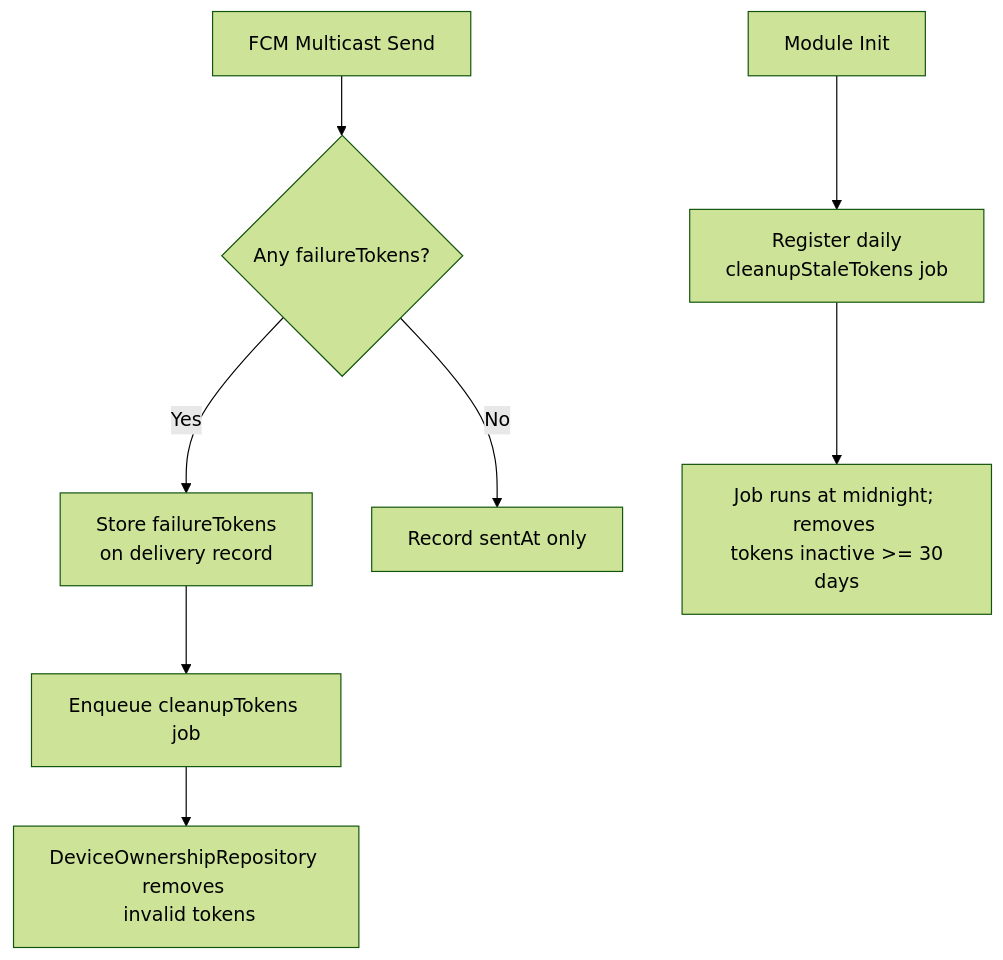
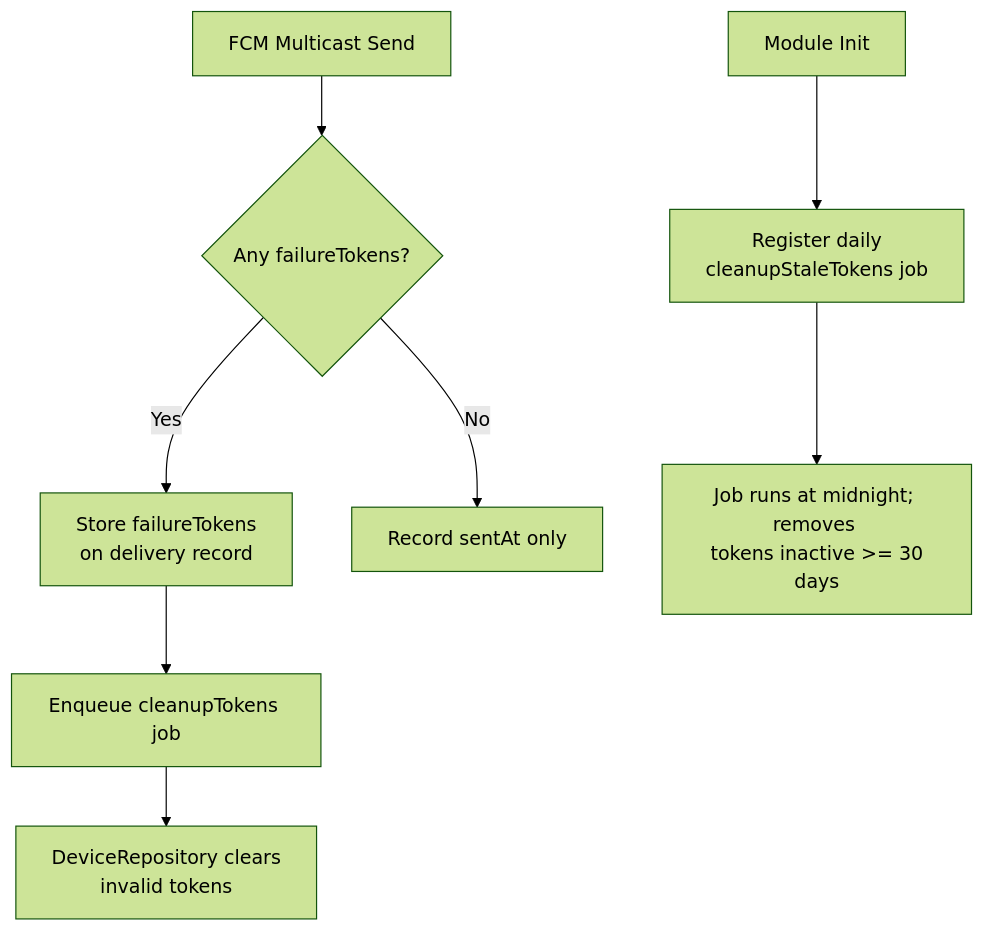
One commit to andrechristikan/ack-nestjs-boilerplate changed the first of 2 diagrams in docs/notification.md. Above: the diagram before and after it, drawn with Mermaid (forest theme). The commit also changed other lines of this file and 141 other files, not shown here.

Commit message:
refactor: Harden session revoke order, repository transactions and device ownership

````diff
--- a/docs/notification.md
+++ b/docs/notification.md
@@ -197,11 +197,11 @@
 ```mermaid
 graph TD
     A[FCM Multicast Send] --> B{Any failureTokens?}
     B -->|Yes| C[Store failureTokens <br/> on delivery record]
     C --> D[Enqueue cleanupTokens job]
-    D --> E[DeviceOwnershipRepository removes <br/> invalid tokens]
+    D --> E[DeviceRepository clears <br/> invalid tokens]
     B -->|No| F[Record sentAt only]
     
     G[Module Init] --> H[Register daily <br/> cleanupStaleTokens job]
     H --> I[Job runs at midnight; removes <br/> tokens inactive >= 30 days]
 ```
````
